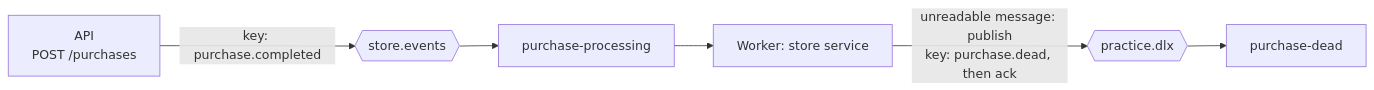
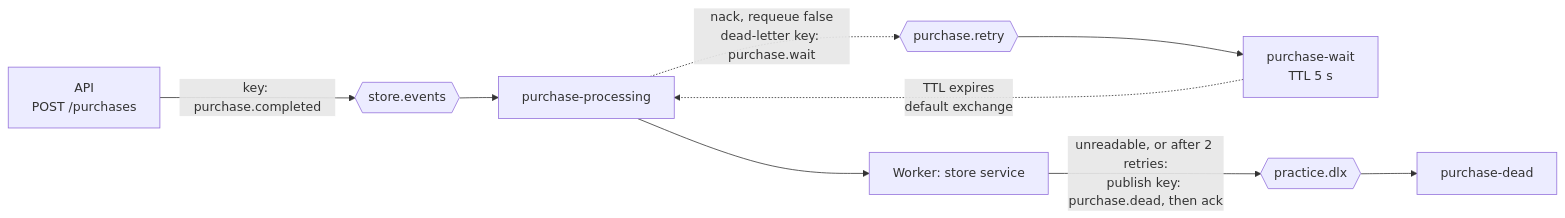
The second of 2 diagrams in README.md (SimpleSandman/RabbitMqPractice), drawn with Mermaid before and after one commit. The commit also changed other lines of this file, not shown here.

````diff
--- a/README.md
+++ b/README.md
@@ -44,8 +44,11 @@
 ```mermaid
 flowchart LR
     A["API<br/>POST /purchases"] -->|"key: purchase.completed"| SE{{store.events}}
     SE --> PP[purchase-processing]
     PP --> SW[Worker: store service]
-    SW -->|"unreadable message: publish<br/>key: purchase.dead, then ack"| DX{{practice.dlx}}
+    PP -.->|"nack, requeue false<br/>dead-letter key: purchase.wait"| PR{{purchase.retry}}
+    PR --> PW["purchase-wait<br/>TTL 5 s"]
+    PW -.->|"TTL expires<br/>default exchange"| PP
+    SW -->|"unreadable, or after 2 retries:<br/>publish key: purchase.dead, then ack"| DX{{practice.dlx}}
     DX --> PD[purchase-dead]
 ```
````
